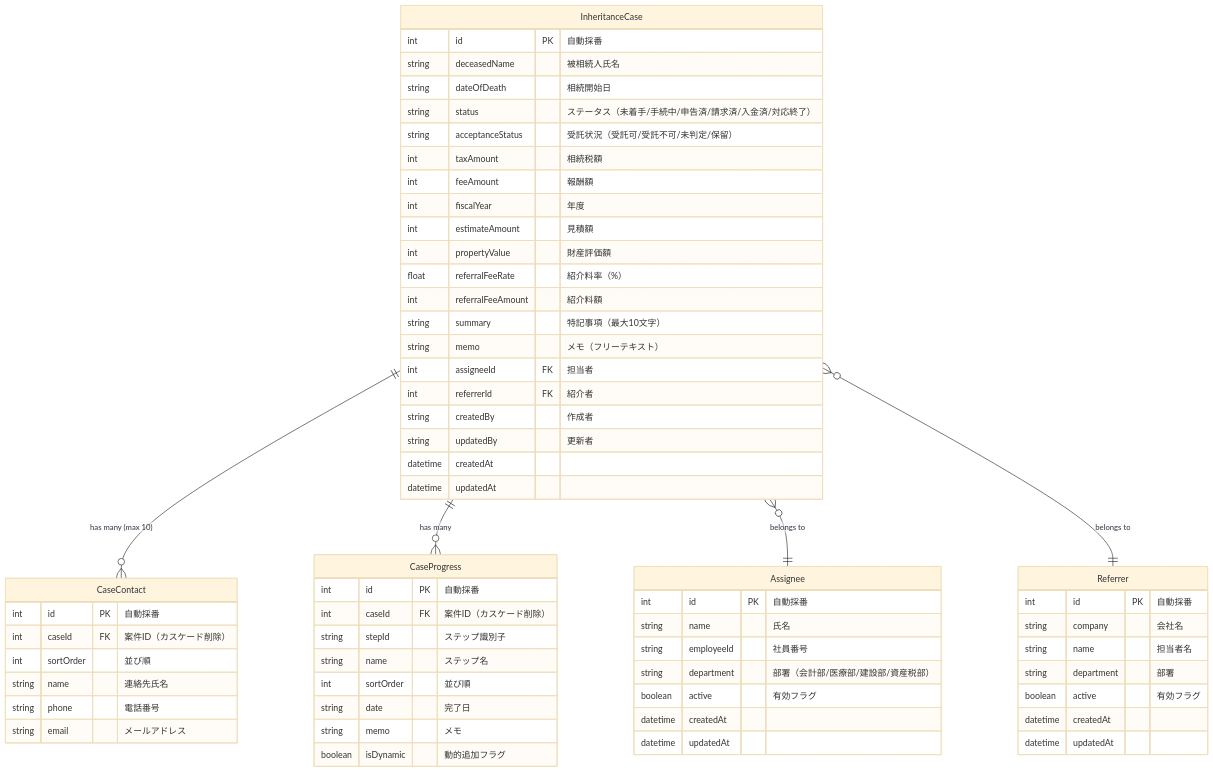
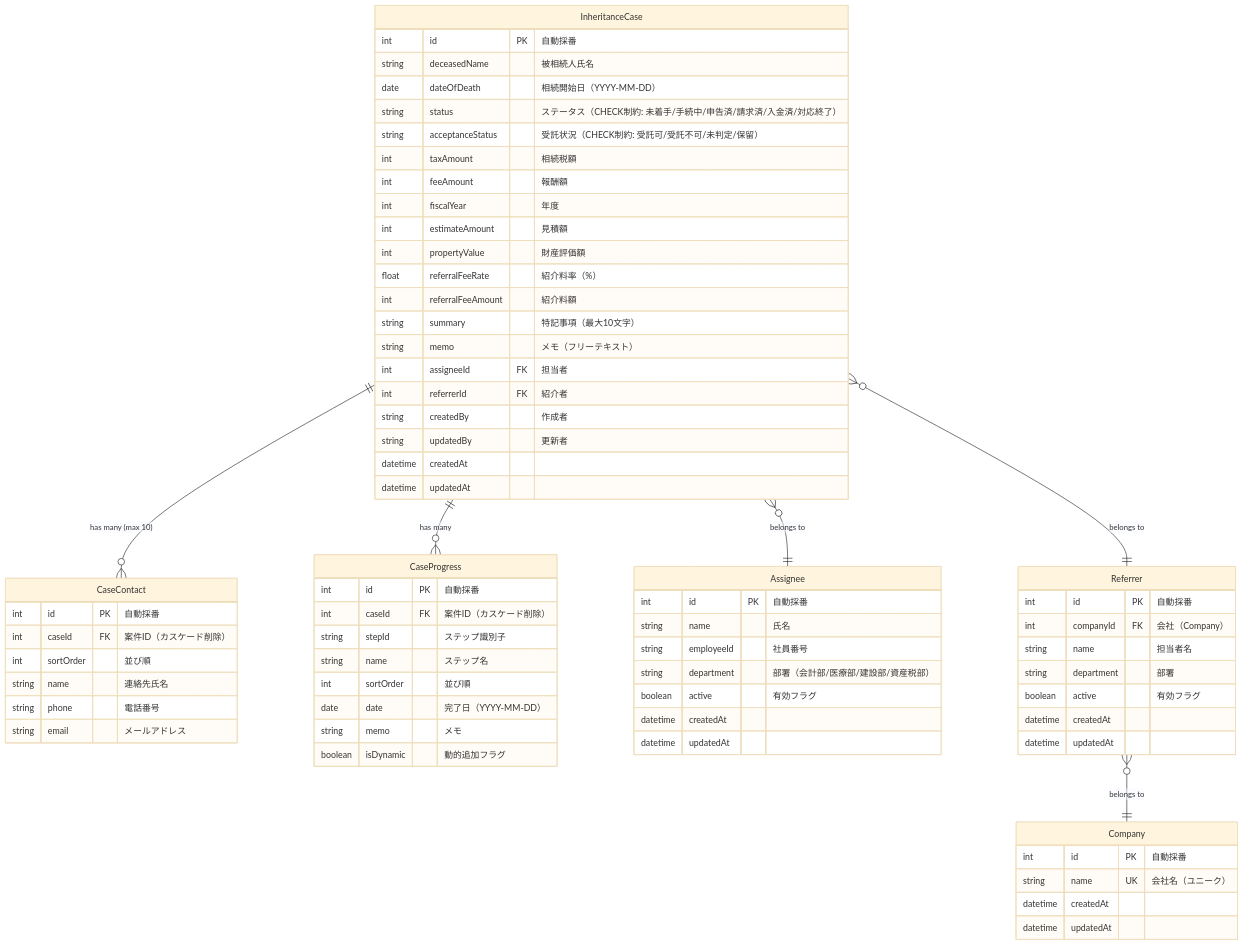
One commit to kojima1978/tax_apps changed the diagram in apps/inheritance-case-management/README.md. Above: the diagram before and after it, drawn with Mermaid (base theme). The commit also changed other lines of this file and 12 other files, not shown here.

````diff
--- a/apps/inheritance-case-management/README.md
+++ b/apps/inheritance-case-management/README.md
@@ -279,70 +279,78 @@
 ```mermaid
 erDiagram
     InheritanceCase ||--o{ CaseContact : "has many (max 10)"
     InheritanceCase ||--o{ CaseProgress : "has many"
     InheritanceCase }o--|| Assignee : "belongs to"
     InheritanceCase }o--|| Referrer : "belongs to"
+    Referrer }o--|| Company : "belongs to"
 
     InheritanceCase {
         int id PK "自動採番"
         string deceasedName "被相続人氏名"
-        string dateOfDeath "相続開始日"
-        string status "ステータス（未着手/手続中/申告済/請求済/入金済/対応終了）"
-        string acceptanceStatus "受託状況（受託可/受託不可/未判定/保留）"
+        date dateOfDeath "相続開始日（YYYY-MM-DD）"
+        string status "ステータス（CHECK制約: 未着手/手続中/申告済/請求済/入金済/対応終了）"
+        string acceptanceStatus "受託状況（CHECK制約: 受託可/受託不可/未判定/保留）"
         int taxAmount "相続税額"
         int feeAmount "報酬額"
         int fiscalYear "年度"
         int estimateAmount "見積額"
         int propertyValue "財産評価額"
         float referralFeeRate "紹介料率（%）"
         int referralFeeAmount "紹介料額"
         string summary "特記事項（最大10文字）"
         string memo "メモ（フリーテキスト）"
         int assigneeId FK "担当者"
         int referrerId FK "紹介者"
         string createdBy "作成者"
         string updatedBy "更新者"
         datetime createdAt
         datetime updatedAt
     }
 
     Assignee {
         int id PK "自動採番"
         string name "氏名"
         string employeeId "社員番号"
         string department "部署（会計部/医療部/建設部/資産税部）"
         boolean active "有効フラグ"
         datetime createdAt
         datetime updatedAt
     }
 
+    Company {
+        int id PK "自動採番"
+        string name UK "会社名（ユニーク）"
+        datetime createdAt
+        datetime updatedAt
+    }
+
     Referrer {
         int id PK "自動採番"
-        string company "会社名"
+        int companyId FK "会社（Company）"
         string name "担当者名"
         string department "部署"
         boolean active "有効フラグ"
         datetime createdAt
         datetime updatedAt
     }
 
     CaseContact {
         int id PK "自動採番"
         int caseId FK "案件ID（カスケード削除）"
         int sortOrder "並び順"
         string name "連絡先氏名"
         string phone "電話番号"
         string email "メールアドレス"
     }
 
     CaseProgress {
         int id PK "自動採番"
         int caseId FK "案件ID（カスケード削除）"
         string stepId "ステップ識別子"
         string name "ステップ名"
         int sortOrder "並び順"
-        string date "完了日"
+        date date "完了日（YYYY-MM-DD）"
         string memo "メモ"
         boolean isDynamic "動的追加フラグ"
     }
 ```
````
